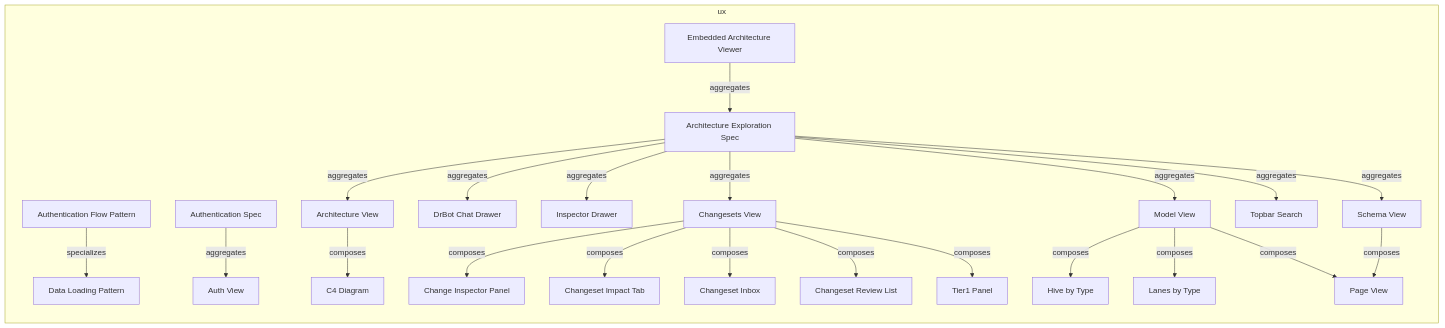
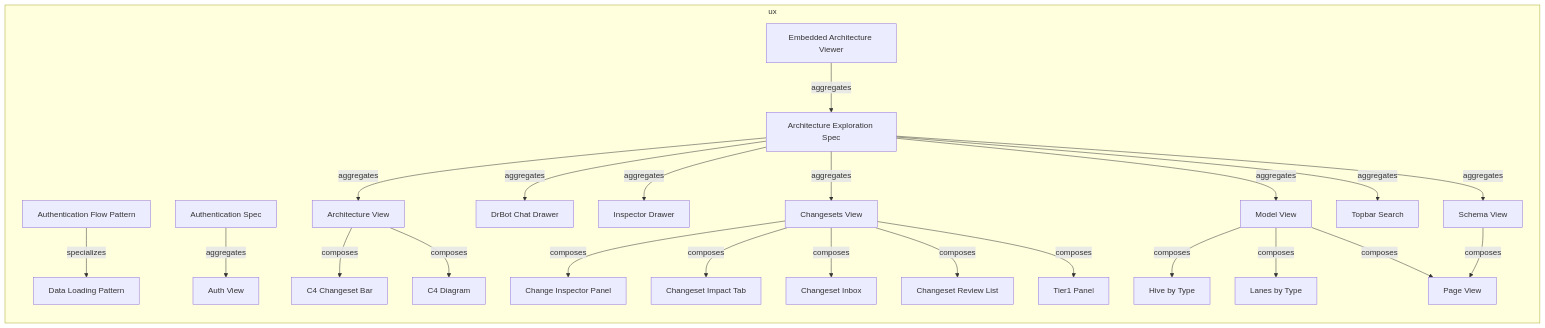
Before and after one commit to tinkermonkey/documentation_robotics_viewer: the first of 2 diagrams in documentation-robotics/reports/10-ux-layer-report.md, drawn with Mermaid. The commit also changed other lines of this file and 18 other files, not shown here.

````diff
--- a/documentation-robotics/reports/10-ux-layer-report.md
+++ b/documentation-robotics/reports/10-ux-layer-report.md
@@ -32,47 +32,49 @@
 ```mermaid
 flowchart LR
   subgraph ux
     ux_statepattern_authentication_flow_pattern["Authentication Flow Pattern"]
     ux_statepattern_data_loading_pattern["Data Loading Pattern"]
+    ux_subview_c4_changeset_bar["C4 Changeset Bar"]
     ux_subview_c4_diagram["C4 Diagram"]
     ux_subview_change_inspector_panel["Change Inspector Panel"]
     ux_subview_changeset_impact_tab["Changeset Impact Tab"]
     ux_subview_changeset_inbox["Changeset Inbox"]
     ux_subview_changeset_review_list["Changeset Review List"]
     ux_subview_hive_by_type["Hive by Type"]
     ux_subview_lanes_by_type["Lanes by Type"]
     ux_subview_page_view["Page View"]
     ux_subview_tier1_panel["Tier1 Panel"]
     ux_uxapplication_embedded_architecture_viewer["Embedded Architecture Viewer"]
     ux_uxspec_architecture_exploration_spec["Architecture Exploration Spec"]
     ux_uxspec_authentication_spec["Authentication Spec"]
     ux_view_architecture_view["Architecture View"]
     ux_view_auth_view["Auth View"]
     ux_view_changesets_view["Changesets View"]
     ux_view_dr_bot_chat_drawer["DrBot Chat Drawer"]
     ux_view_inspector_drawer["Inspector Drawer"]
     ux_view_model_view["Model View"]
     ux_view_schema_view["Schema View"]
     ux_view_topbar_search["Topbar Search"]
     ux_statepattern_authentication_flow_pattern -->|specializes| ux_statepattern_data_loading_pattern
     ux_uxapplication_embedded_architecture_viewer -->|aggregates| ux_uxspec_architecture_exploration_spec
     ux_uxspec_architecture_exploration_spec -->|aggregates| ux_view_architecture_view
     ux_uxspec_architecture_exploration_spec -->|aggregates| ux_view_changesets_view
     ux_uxspec_architecture_exploration_spec -->|aggregates| ux_view_dr_bot_chat_drawer
     ux_uxspec_architecture_exploration_spec -->|aggregates| ux_view_inspector_drawer
     ux_uxspec_architecture_exploration_spec -->|aggregates| ux_view_model_view
     ux_uxspec_architecture_exploration_spec -->|aggregates| ux_view_schema_view
     ux_uxspec_architecture_exploration_spec -->|aggregates| ux_view_topbar_search
     ux_uxspec_authentication_spec -->|aggregates| ux_view_auth_view
+    ux_view_architecture_view -->|composes| ux_subview_c4_changeset_bar
     ux_view_architecture_view -->|composes| ux_subview_c4_diagram
     ux_view_changesets_view -->|composes| ux_subview_change_inspector_panel
     ux_view_changesets_view -->|composes| ux_subview_changeset_impact_tab
     ux_view_changesets_view -->|composes| ux_subview_changeset_inbox
     ux_view_changesets_view -->|composes| ux_subview_changeset_review_list
     ux_view_changesets_view -->|composes| ux_subview_tier1_panel
     ux_view_model_view -->|composes| ux_subview_hive_by_type
     ux_view_model_view -->|composes| ux_subview_lanes_by_type
     ux_view_model_view -->|composes| ux_subview_page_view
     ux_view_schema_view -->|composes| ux_subview_page_view
   end
 ```
````
